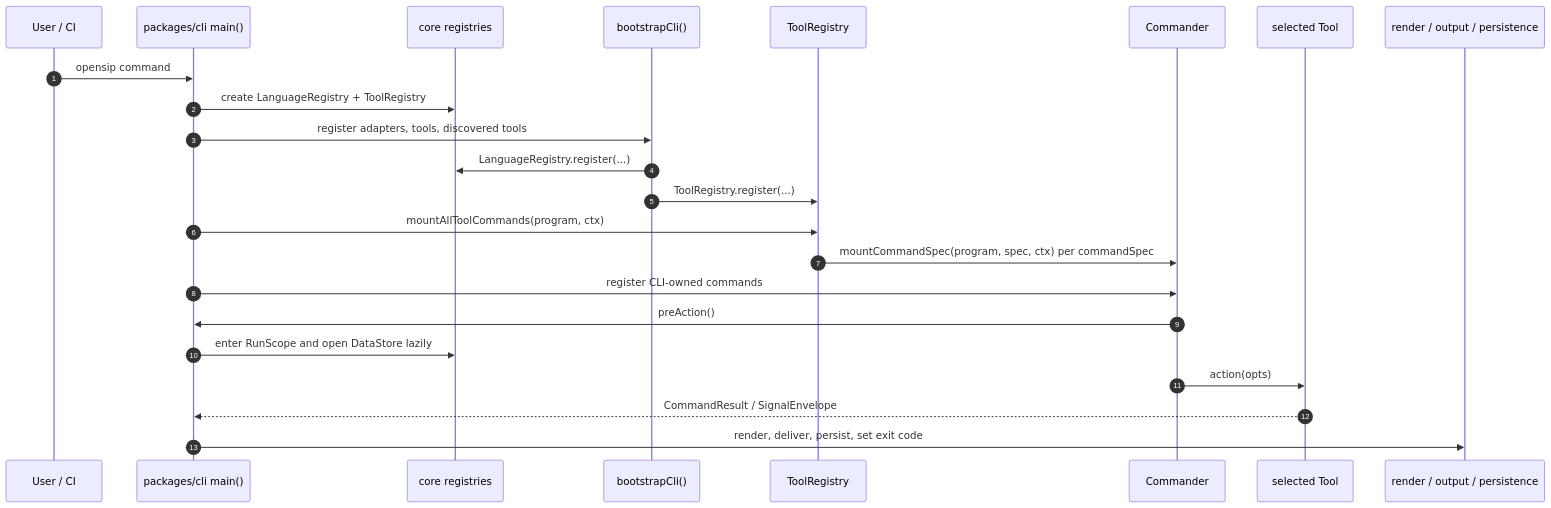
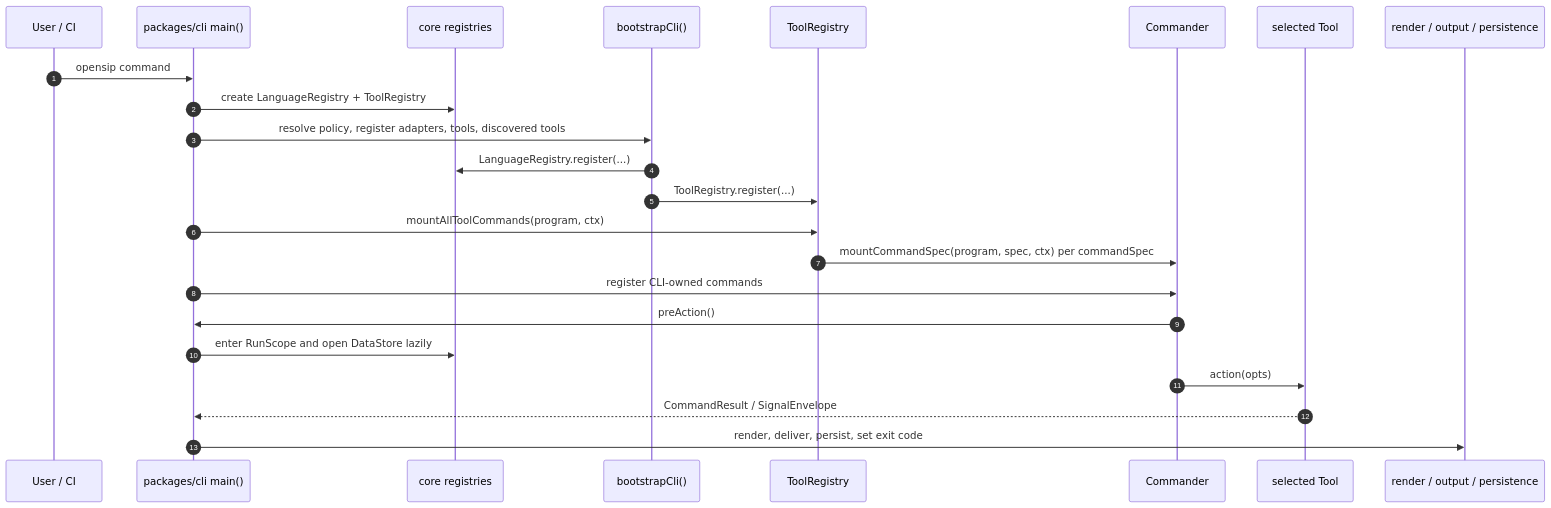
Before and after one commit to opensip-ai/opensip-cli: the diagram in docs/public/80-implementation/01-cli-dispatch.md, drawn with Mermaid. The commit also changed other lines of this file and 71 other files, not shown here.

Commit message:
feat(cli): add trust policy plane

````diff
--- a/docs/public/80-implementation/01-cli-dispatch.md
+++ b/docs/public/80-implementation/01-cli-dispatch.md
@@ -84,26 +86,26 @@
 ```mermaid
 sequenceDiagram
   autonumber
   participant User as User / CI
   participant CLI as packages/cli main()
   participant Core as core registries
   participant Bootstrap as bootstrapCli()
   participant Tools as ToolRegistry
   participant Commander as Commander
   participant Tool as selected Tool
   participant Output as render / output / persistence
 
   User->>CLI: opensip command
   CLI->>Core: create LanguageRegistry + ToolRegistry
-  CLI->>Bootstrap: register adapters, tools, discovered tools
+  CLI->>Bootstrap: resolve policy, register adapters, tools, discovered tools
   Bootstrap->>Core: LanguageRegistry.register(...)
   Bootstrap->>Tools: ToolRegistry.register(...)
   CLI->>Tools: mountAllToolCommands(program, ctx)
   Tools->>Commander: mountCommandSpec(program, spec, ctx) per commandSpec
   CLI->>Commander: register CLI-owned commands
   Commander->>CLI: preAction()
   CLI->>Core: enter RunScope and open DataStore lazily
   Commander->>Tool: action(opts)
   Tool-->>CLI: CommandResult / SignalEnvelope
   CLI->>Output: render, deliver, persist, set exit code
 ```
````
